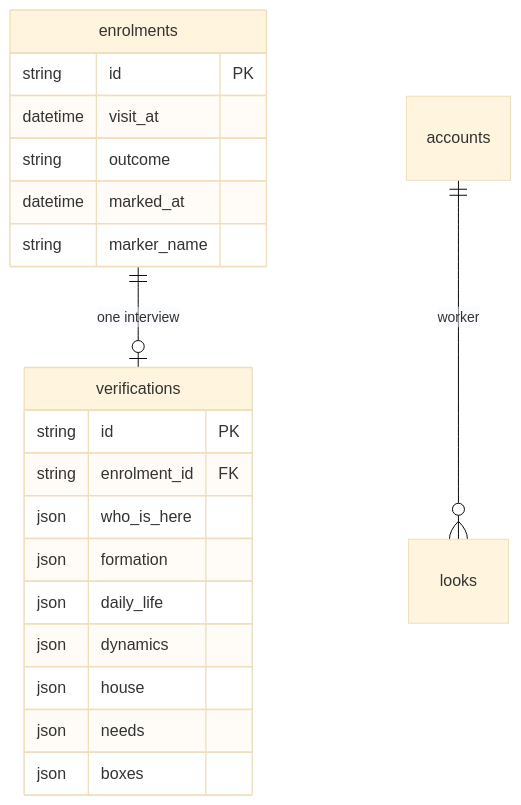
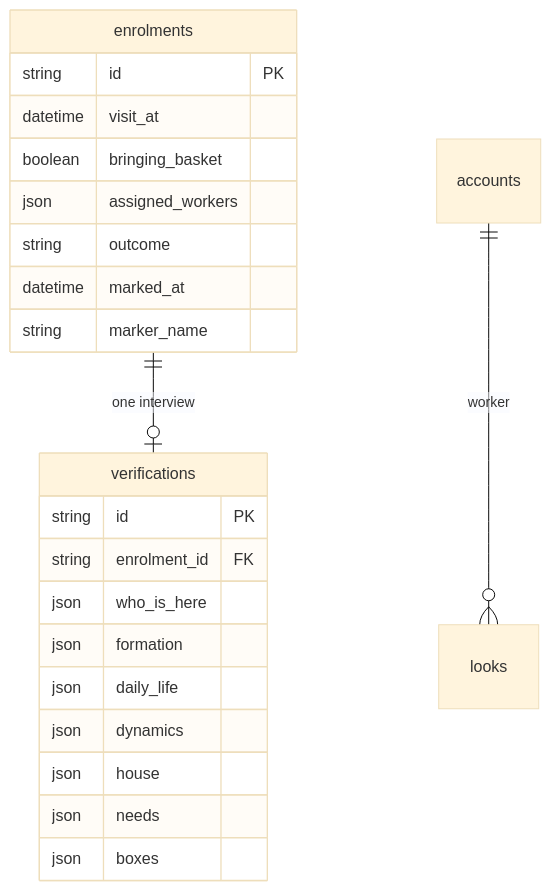
One commit to usamah82/sokong changed the first of 2 diagrams in context/requirements/features/verification-visit/plan.md. Above: the diagram before and after it, drawn with Mermaid (base theme). The commit also changed other lines of this file and 24 other files, not shown here.

````diff
--- a/context/requirements/features/verification-visit/plan.md
+++ b/context/requirements/features/verification-visit/plan.md
@@ -128,24 +130,26 @@
 ```mermaid
 erDiagram
   enrolments ||--o| verifications : "one interview"
   accounts ||--o{ looks : "worker"
 
   enrolments {
     string id PK
     datetime visit_at
+    boolean bringing_basket
+    json assigned_workers
     string outcome
     datetime marked_at
     string marker_name
   }
   verifications {
     string id PK
     string enrolment_id FK
     json who_is_here
     json formation
     json daily_life
     json dynamics
     json house
     json needs
     json boxes
   }
 ```
````
